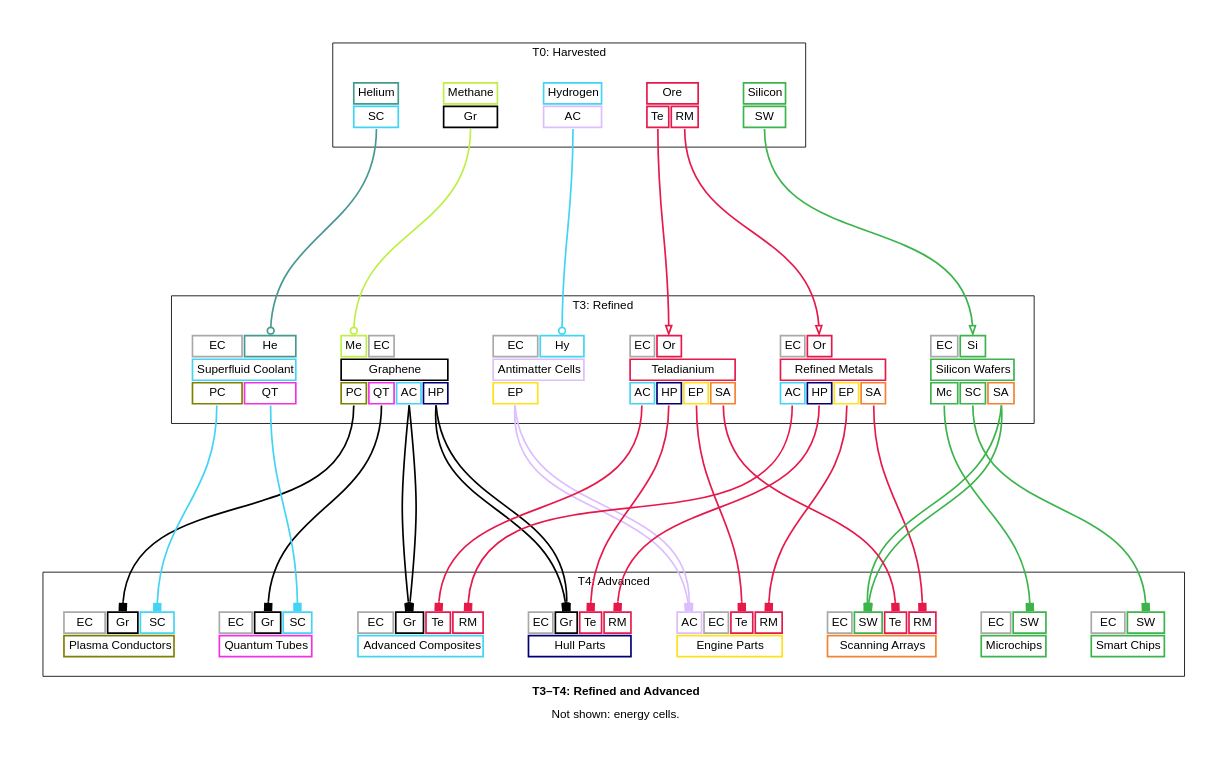
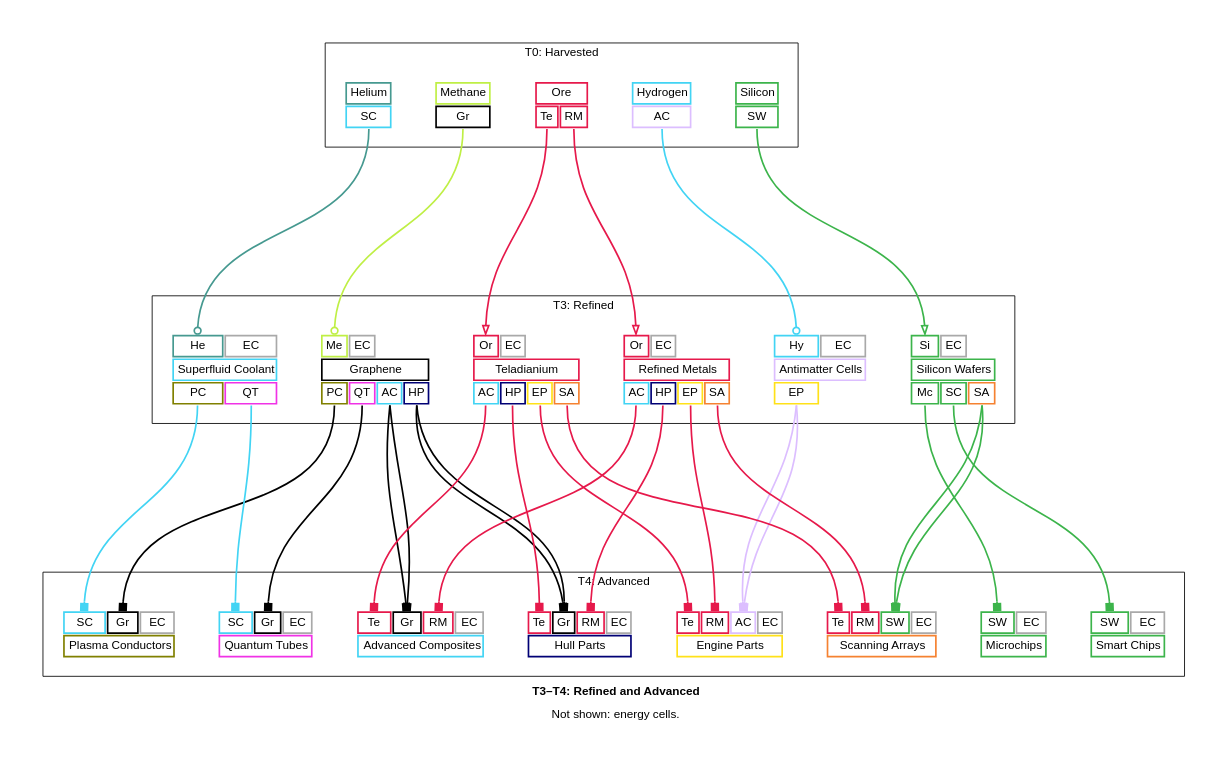
One commit to borntyping/x4-diagrams changed the diagram in docs/t3_t4_refined_and_advanced_graph_simplified.dot. Above: the diagram before and after it, drawn with Graphviz. The commit also changed other lines of this file and 46 other files, not shown here.

First line of the commit message:
Fix weird highlighting in the sankey diagram

```diff
--- a/docs/t3_t4_refined_and_advanced_graph_simplified.dot
+++ b/docs/t3_t4_refined_and_advanced_graph_simplified.dot
@@ -81,9 +81,9 @@
   
     <tr>
       
+        <td align="text" bgcolor="white" color="#42d4f4" port="hydrogen">Hy</td>
+      
         <td align="text" bgcolor="white" color="#a9a9a9" port="energy_cells">EC</td>
-      
-        <td align="text" bgcolor="white" color="#42d4f4" port="hydrogen">Hy</td>
       
     </tr>
   
@@ -129,9 +129,9 @@
   
     <tr>
       
+        <td align="text" bgcolor="white" color="#e6194B" port="ore">Or</td>
+      
         <td align="text" bgcolor="white" color="#a9a9a9" port="energy_cells">EC</td>
-      
-        <td align="text" bgcolor="white" color="#e6194B" port="ore">Or</td>
       
     </tr>
   
@@ -156,9 +156,9 @@
   
     <tr>
       
+        <td align="text" bgcolor="white" color="#3cb44b" port="silicon">Si</td>
+      
         <td align="text" bgcolor="white" color="#a9a9a9" port="energy_cells">EC</td>
-      
-        <td align="text" bgcolor="white" color="#3cb44b" port="silicon">Si</td>
       
     </tr>
   
@@ -181,9 +181,9 @@
   
     <tr>
       
+        <td align="text" bgcolor="white" color="#469990" port="helium">He</td>
+      
         <td align="text" bgcolor="white" color="#a9a9a9" port="energy_cells">EC</td>
-      
-        <td align="text" bgcolor="white" color="#469990" port="helium">He</td>
       
     </tr>
   
@@ -204,9 +204,9 @@
   
     <tr>
       
+        <td align="text" bgcolor="white" color="#e6194B" port="ore">Or</td>
+      
         <td align="text" bgcolor="white" color="#a9a9a9" port="energy_cells">EC</td>
-      
-        <td align="text" bgcolor="white" color="#e6194B" port="ore">Or</td>
       
     </tr>
   
@@ -234,13 +234,13 @@
   
     <tr>
       
-        <td align="text" bgcolor="white" color="#a9a9a9" port="energy_cells">EC</td>
+        <td align="text" bgcolor="white" color="#e6194B" port="teladianium">Te</td>
       
         <td align="text" bgcolor="white" color="#000000" port="graphene">Gr</td>
       
-        <td align="text" bgcolor="white" color="#e6194B" port="teladianium">Te</td>
+        <td align="text" bgcolor="white" color="#e6194B" port="refined_metals">RM</td>
       
-        <td align="text" bgcolor="white" color="#e6194B" port="refined_metals">RM</td>
+        <td align="text" bgcolor="white" color="#a9a9a9" port="energy_cells">EC</td>
       
     </tr>
   
@@ -253,13 +253,13 @@
   
     <tr>
       
+        <td align="text" bgcolor="white" color="#e6194B" port="teladianium">Te</td>
+      
+        <td align="text" bgcolor="white" color="#e6194B" port="refined_metals">RM</td>
+      
         <td align="text" bgcolor="white" color="#dcbeff" port="antimatter_cells">AC</td>
       
         <td align="text" bgcolor="white" color="#a9a9a9" port="energy_cells">EC</td>
-      
-        <td align="text" bgcolor="white" color="#e6194B" port="teladianium">Te</td>
-      
-        <td align="text" bgcolor="white" color="#e6194B" port="refined_metals">RM</td>
       
     </tr>
   
@@ -272,13 +272,13 @@
   
     <tr>
       
-        <td align="text" bgcolor="white" color="#a9a9a9" port="energy_cells">EC</td>
+        <td align="text" bgcolor="white" color="#e6194B" port="teladianium">Te</td>
       
         <td align="text" bgcolor="white" color="#000000" port="graphene">Gr</td>
       
-        <td align="text" bgcolor="white" color="#e6194B" port="teladianium">Te</td>
+        <td align="text" bgcolor="white" color="#e6194B" port="refined_metals">RM</td>
       
-        <td align="text" bgcolor="white" color="#e6194B" port="refined_metals">RM</td>
+        <td align="text" bgcolor="white" color="#a9a9a9" port="energy_cells">EC</td>
       
     </tr>
   
@@ -291,9 +291,9 @@
   
     <tr>
       
+        <td align="text" bgcolor="white" color="#3cb44b" port="silicon_wafers">SW</td>
+      
         <td align="text" bgcolor="white" color="#a9a9a9" port="energy_cells">EC</td>
-      
-        <td align="text" bgcolor="white" color="#3cb44b" port="silicon_wafers">SW</td>
       
     </tr>
   
@@ -306,11 +306,11 @@
   
     <tr>
       
-        <td align="text" bgcolor="white" color="#a9a9a9" port="energy_cells">EC</td>
+        <td align="text" bgcolor="white" color="#42d4f4" port="superfluid_coolant">SC</td>
       
         <td align="text" bgcolor="white" color="#000000" port="graphene">Gr</td>
       
-        <td align="text" bgcolor="white" color="#42d4f4" port="superfluid_coolant">SC</td>
+        <td align="text" bgcolor="white" color="#a9a9a9" port="energy_cells">EC</td>
       
     </tr>
   
@@ -323,11 +323,11 @@
   
     <tr>
       
-        <td align="text" bgcolor="white" color="#a9a9a9" port="energy_cells">EC</td>
+        <td align="text" bgcolor="white" color="#42d4f4" port="superfluid_coolant">SC</td>
       
         <td align="text" bgcolor="white" color="#000000" port="graphene">Gr</td>
       
-        <td align="text" bgcolor="white" color="#42d4f4" port="superfluid_coolant">SC</td>
+        <td align="text" bgcolor="white" color="#a9a9a9" port="energy_cells">EC</td>
       
     </tr>
   
@@ -340,13 +340,13 @@
   
     <tr>
       
-        <td align="text" bgcolor="white" color="#a9a9a9" port="energy_cells">EC</td>
+        <td align="text" bgcolor="white" color="#e6194B" port="teladianium">Te</td>
+      
+        <td align="text" bgcolor="white" color="#e6194B" port="refined_metals">RM</td>
       
         <td align="text" bgcolor="white" color="#3cb44b" port="silicon_wafers">SW</td>
       
-        <td align="text" bgcolor="white" color="#e6194B" port="teladianium">Te</td>
-      
-        <td align="text" bgcolor="white" color="#e6194B" port="refined_metals">RM</td>
+        <td align="text" bgcolor="white" color="#a9a9a9" port="energy_cells">EC</td>
       
     </tr>
   
@@ -359,9 +359,9 @@
   
     <tr>
       
+        <td align="text" bgcolor="white" color="#3cb44b" port="silicon_wafers">SW</td>
+      
         <td align="text" bgcolor="white" color="#a9a9a9" port="energy_cells">EC</td>
-      
-        <td align="text" bgcolor="white" color="#3cb44b" port="silicon_wafers">SW</td>
       
     </tr>
   
```
